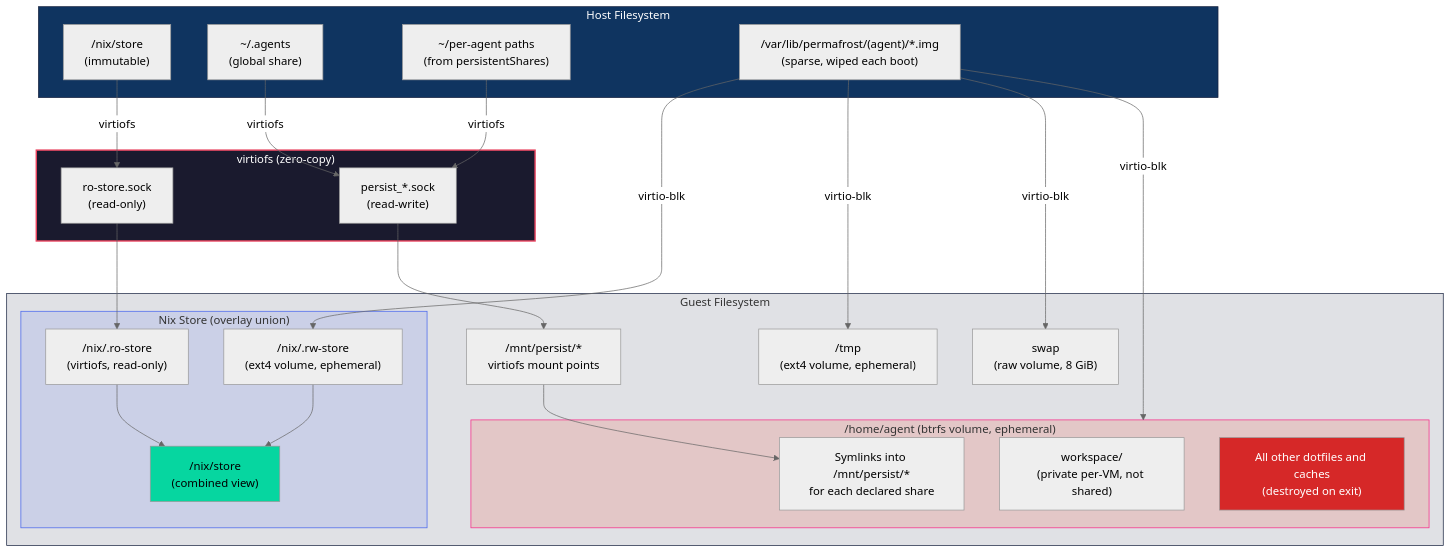
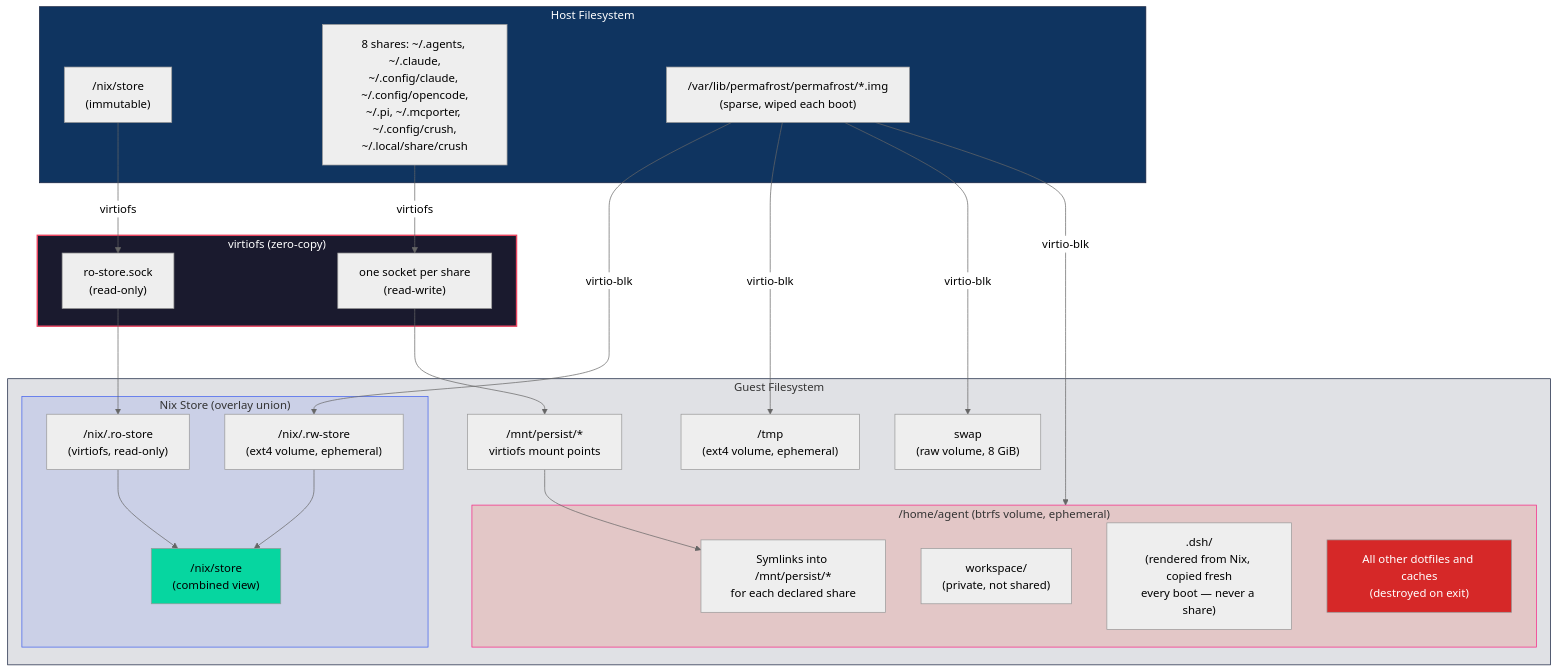
The fifth of 6 diagrams in README.md (tenarches/nix-permafrost), drawn with Mermaid (neutral theme) before and after one commit. The commit also changed other lines of this file, not shown here.

First line of the commit message:
docs: rewrite README for the single permafrost guest

````diff
--- a/README.md
+++ b/README.md
@@ -239,51 +261,50 @@
 ```mermaid
 graph TD
     subgraph HOST_FS["Host Filesystem"]
         H_STORE["/nix/store<br/>(immutable)"]
-        H_GLOBAL["~/.agents<br/>(global share)"]
-        H_AGENT["~/per-agent paths<br/>(from persistentShares)"]
-        H_IMG["/var/lib/permafrost/(agent)/*.img<br/>(sparse, wiped each boot)"]
+        H_SHARES["8 shares: ~/.agents, ~/.claude,<br/>~/.config/claude, ~/.config/opencode,<br/>~/.pi, ~/.mcporter, ~/.config/crush,<br/>~/.local/share/crush"]
+        H_IMG["/var/lib/permafrost/permafrost/*.img<br/>(sparse, wiped each boot)"]
     end
 
     subgraph VIRTIOFS["virtiofs (zero-copy)"]
         VF1["ro-store.sock<br/>(read-only)"]
-        VF2["persist_*.sock<br/>(read-write)"]
+        VF2["one socket per share<br/>(read-write)"]
     end
 
     subgraph GUEST_FS["Guest Filesystem"]
         subgraph NIX_UNION["Nix Store (overlay union)"]
             RO["/nix/.ro-store<br/>(virtiofs, read-only)"]
             RW["/nix/.rw-store<br/>(ext4 volume, ephemeral)"]
             UNION["/nix/store<br/>(combined view)"]
         end
 
         subgraph HOME["/home/agent (btrfs volume, ephemeral)"]
             SYMS["Symlinks into /mnt/persist/*<br/>for each declared share"]
-            WS["workspace/<br/>(private per-VM, not shared)"]
+            WS["workspace/<br/>(private, not shared)"]
+            DSH[".dsh/<br/>(rendered from Nix, copied fresh<br/>every boot — never a share)"]
             EPHEM["All other dotfiles and caches<br/>(destroyed on exit)"]
         end
 
         TMPV["/tmp<br/>(ext4 volume, ephemeral)"]
         SWAP["swap<br/>(raw volume, 8 GiB)"]
         PERSIST["/mnt/persist/*<br/>virtiofs mount points"]
     end
 
     H_STORE -->|virtiofs| VF1 --> RO
-    H_GLOBAL -->|virtiofs| VF2 --> PERSIST
-    H_AGENT -->|virtiofs| VF2
+    H_SHARES -->|virtiofs| VF2 --> PERSIST
     H_IMG -->|virtio-blk| RW
     H_IMG -->|virtio-blk| HOME
     H_IMG -->|virtio-blk| TMPV
     H_IMG -->|virtio-blk| SWAP
     RO --> UNION
     RW --> UNION
     PERSIST --> SYMS
 
     style HOST_FS fill:#0f3460,stroke:#16213e,color:#fff
     style VIRTIOFS fill:#1a1a2e,stroke:#e94560,color:#fff,stroke-width:2px
     style GUEST_FS fill:#16213e22,stroke:#16213e
     style NIX_UNION fill:#4361ee22,stroke:#4361ee
     style HOME fill:#f7200522,stroke:#f72585
     style EPHEM fill:#d62828,color:#fff
     style UNION fill:#06d6a0,color:#000
 ```
````
